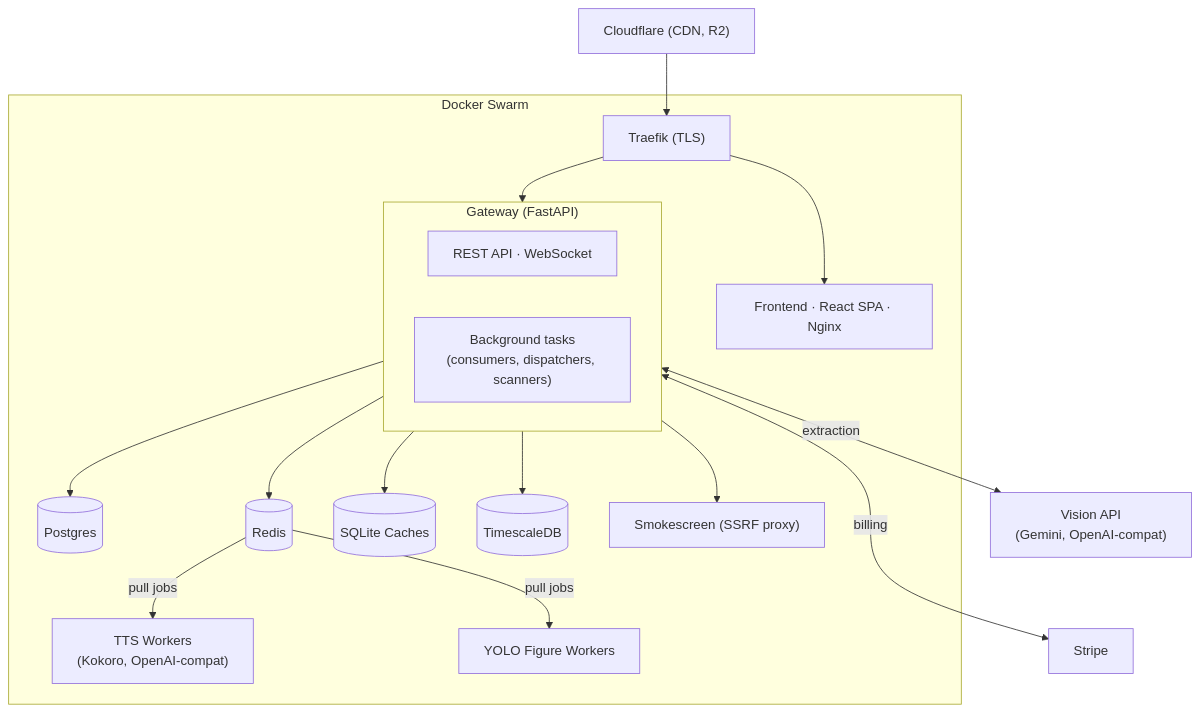
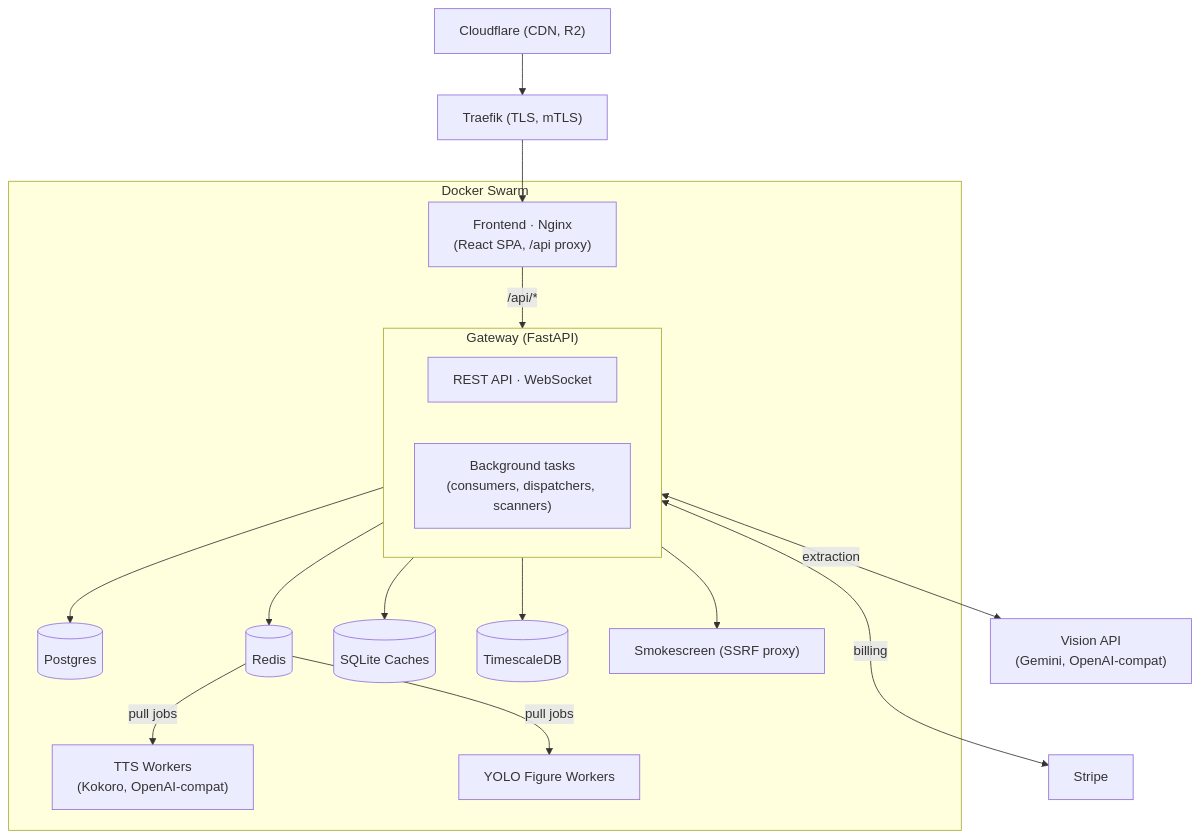
Before and after one commit to yapit-tts/yapit: the first of 8 diagrams in docs/architecture.md, drawn with Mermaid. The commit also changed other lines of this file, not shown here.

Commit message:
docs(architecture): route Traefik through the frontend's nginx to the gateway
The overview diagram drew Traefik routing straight to the gateway, but only
the frontend carries Traefik labels; the gateway is reached through nginx's
/api proxy. Traefik also runs as a standalone container, not in the stack.

Session: 55c03496-6fe8-45c0-a574-c16ccc892977

````diff
--- a/docs/architecture.md
+++ b/docs/architecture.md
@@ -5,28 +5,28 @@
 ```mermaid
 flowchart TD
-    CF["Cloudflare (CDN, R2)"] --> Traefik
+    CF["Cloudflare (CDN, R2)"] --> Traefik["Traefik (TLS, mTLS)"]
+    Traefik --> Frontend
 
     subgraph swarm ["Docker Swarm"]
-        Traefik["Traefik (TLS)"] --> Frontend["Frontend · React SPA · Nginx"]
-        Traefik --> GW
+        Frontend["Frontend · Nginx<br/>(React SPA, /api proxy)"] -->|"/api/*"| GW
 
         subgraph GW ["Gateway (FastAPI)"]
             direction LR
             API["REST API · WebSocket"]
             BG["Background tasks<br/>(consumers, dispatchers, scanners)"]
         end
 
         GW --> PG[(Postgres)] & Redis[(Redis)] & SQLite[(SQLite Caches)]
         GW --> TS[(TimescaleDB)]
 
         GW --> Smoke["Smokescreen (SSRF proxy)"]
 
         Redis -->|pull jobs| TTS["TTS Workers<br/>(Kokoro, OpenAI-compat)"]
         Redis -->|pull jobs| YOLO["YOLO Figure Workers"]
     end
 
     VisionAPI["Vision API<br/>(Gemini, OpenAI-compat)"] ~~~ Stripe
 
     GW <-->|extraction| VisionAPI
     GW <-->|billing| Stripe
 ```
````
